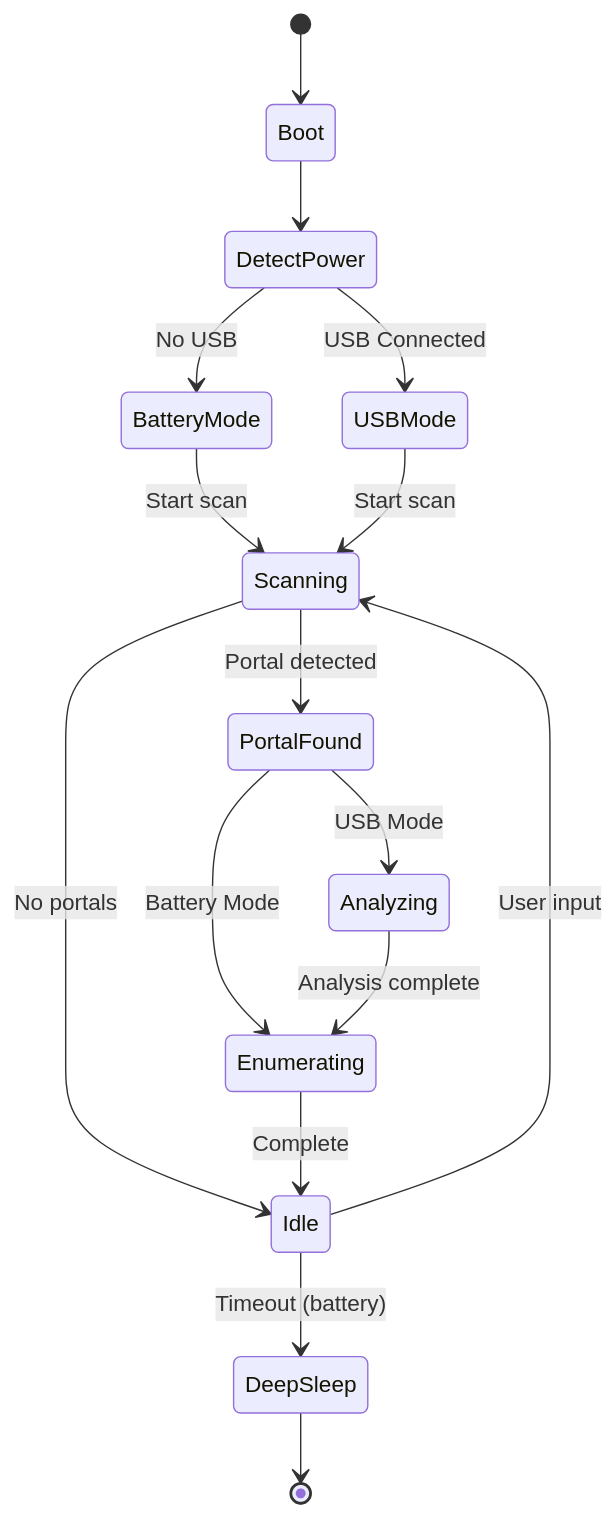
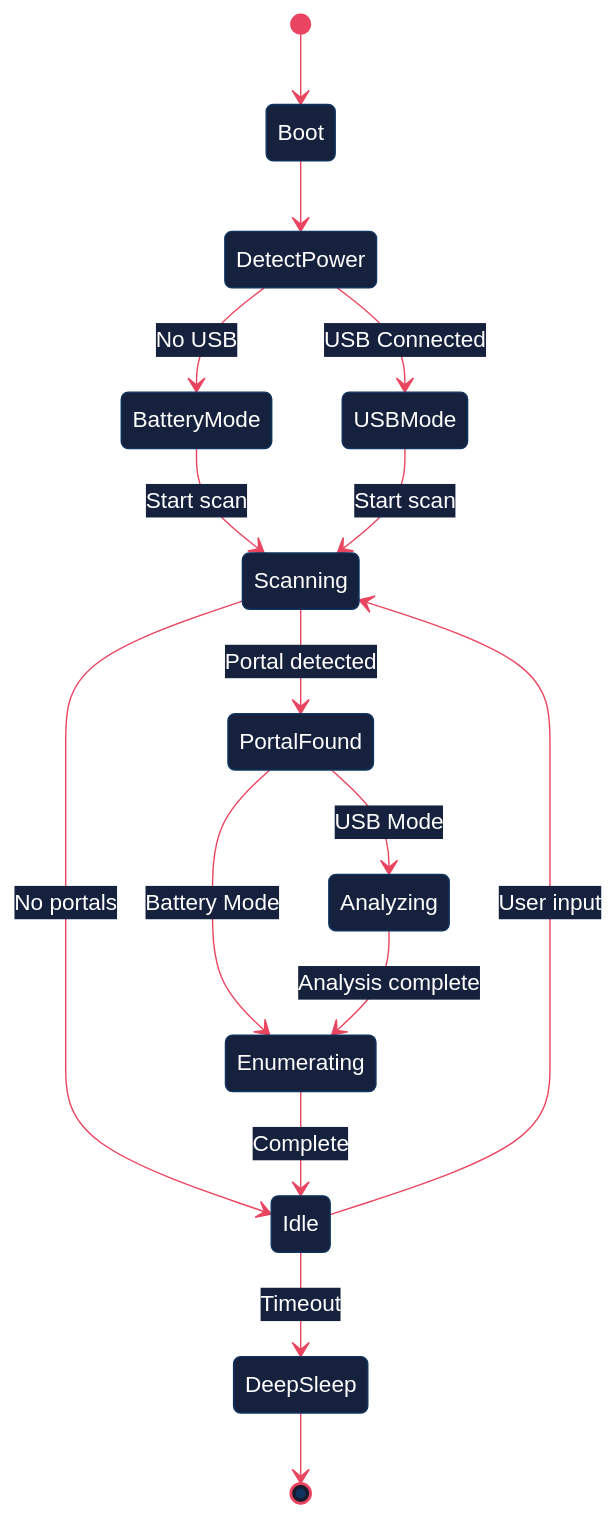
Before and after one commit to haKC-ai/CapturedPortal: the fourth of 4 diagrams in README.md, drawn with Mermaid. The commit also changed other lines of this file, not shown here.

````diff
--- a/README.md
+++ b/README.md
@@ -120,25 +165,26 @@
 ```mermaid
+%%{init: {'theme': 'base', 'themeVariables': { 'primaryColor': '#e94560', 'primaryTextColor': '#fff', 'primaryBorderColor': '#0f3460', 'lineColor': '#e94560', 'secondaryColor': '#16213e', 'tertiaryColor': '#1a1a2e', 'background': '#1a1a2e', 'mainBkg': '#1a1a2e', 'stateBkg': '#16213e', 'stateTextColor': '#fff', 'stateLabelColor': '#fff', 'transitionColor': '#e94560', 'transitionLabelColor': '#fff'}}}%%
 stateDiagram-v2
     [*] --> Boot
     Boot --> DetectPower
 
     DetectPower --> BatteryMode: No USB
     DetectPower --> USBMode: USB Connected
 
     BatteryMode --> Scanning: Start scan
     USBMode --> Scanning: Start scan
 
     Scanning --> PortalFound: Portal detected
     Scanning --> Idle: No portals
 
     PortalFound --> Analyzing: USB Mode
     PortalFound --> Enumerating: Battery Mode
 
     Analyzing --> Enumerating: Analysis complete
     Enumerating --> Idle: Complete
 
-    Idle --> DeepSleep: Timeout (battery)
+    Idle --> DeepSleep: Timeout
     Idle --> Scanning: User input
 
     DeepSleep --> [*]
 ```
````
